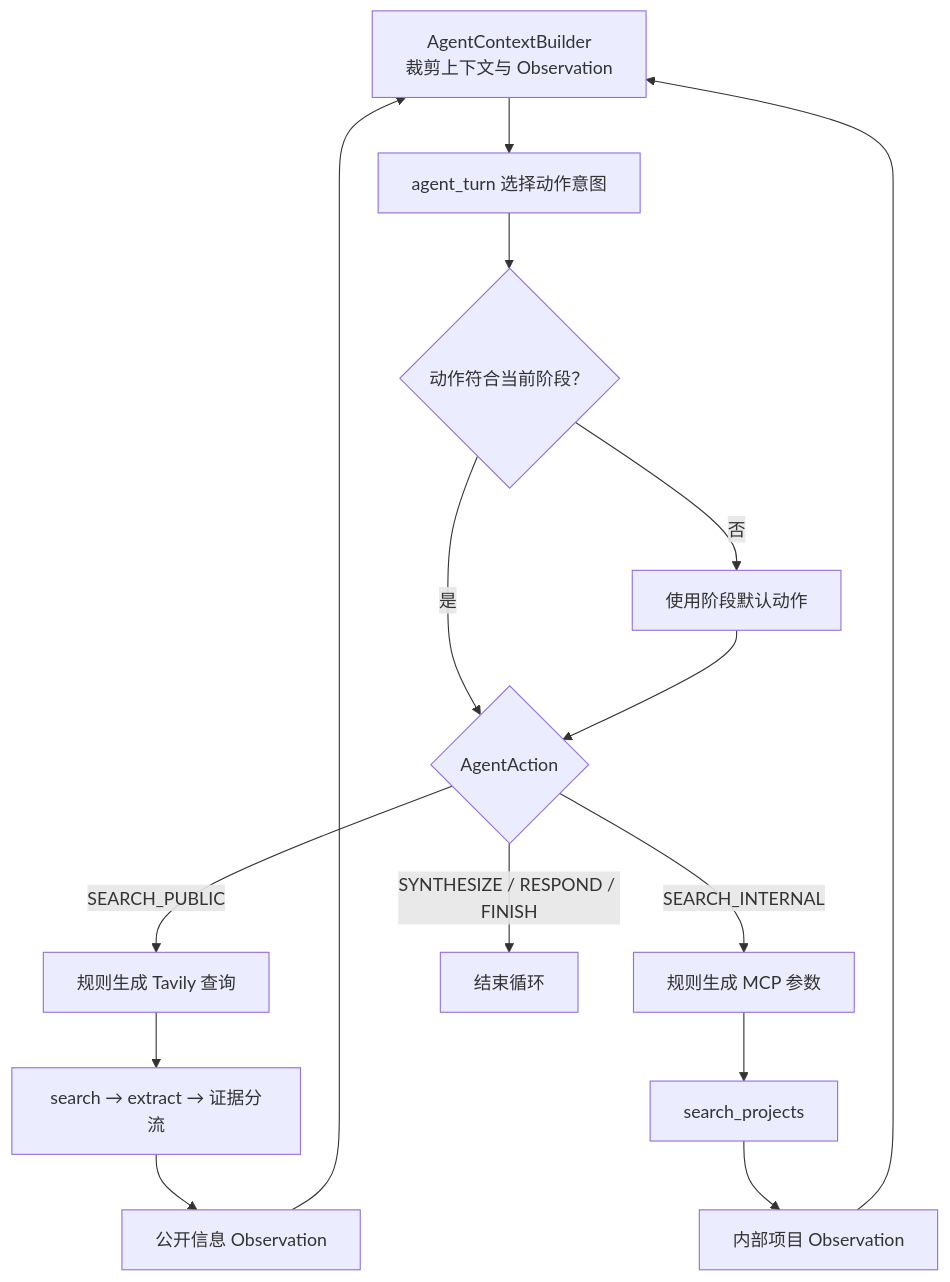
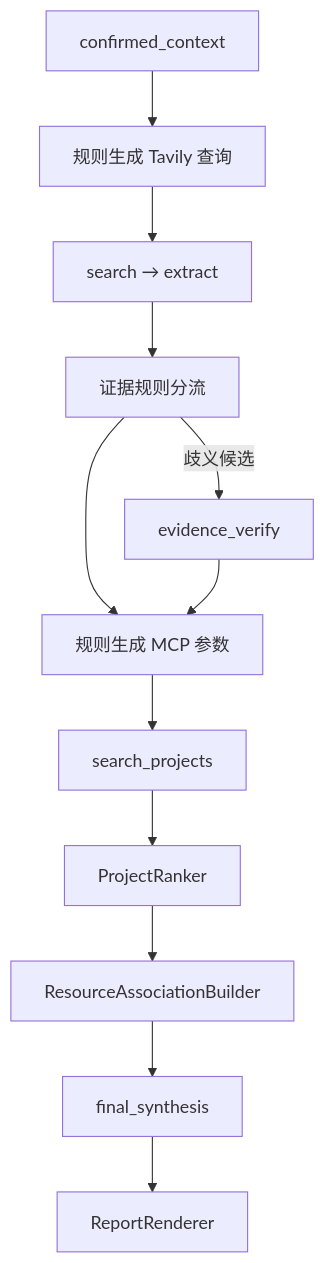
The eighth of 15 diagrams in README.md (41423577arc-lab/RA), drawn with Mermaid before and after one commit. The commit also changed other lines of this file and 73 other files, not shown here.

````diff
--- a/README.md
+++ b/README.md
@@ -205,20 +204,14 @@
 ```mermaid
 flowchart TD
-    Context["AgentContextBuilder<br/>裁剪上下文与 Observation"] --> Turn["agent_turn 选择动作意图"]
-    Turn --> Validate{"动作符合当前阶段？"}
-    Validate -->|"否"| Fallback["使用阶段默认动作"]
-    Validate -->|"是"| Action{"AgentAction"}
-    Fallback --> Action
-
-    Action -->|"SEARCH_PUBLIC"| WebPlan["规则生成 Tavily 查询"]
-    WebPlan --> WebTool["search → extract → 证据分流"]
-    WebTool --> WebObs["公开信息 Observation"]
-    WebObs --> Context
-
-    Action -->|"SEARCH_INTERNAL"| ProjectPlan["规则生成 MCP 参数"]
+    Context["confirmed_context"] --> WebPlan["规则生成 Tavily 查询"]
+    WebPlan --> WebTool["search → extract"]
+    WebTool --> Evidence["证据规则分流"]
+    Evidence -->|"歧义候选"| Verify["evidence_verify"]
+    Evidence --> ProjectPlan["规则生成 MCP 参数"]
+    Verify --> ProjectPlan
     ProjectPlan --> ProjectTool["search_projects"]
-    ProjectTool --> ProjectObs["内部项目 Observation"]
-    ProjectObs --> Context
-
-    Action -->|"SYNTHESIZE / RESPOND / FINISH"| Done["结束循环"]
+    ProjectTool --> Rank["ProjectRanker"]
+    Rank --> Associate["ResourceAssociationBuilder"]
+    Associate --> Synthesis["final_synthesis"]
+    Synthesis --> Render["ReportRenderer"]
 ```
````
